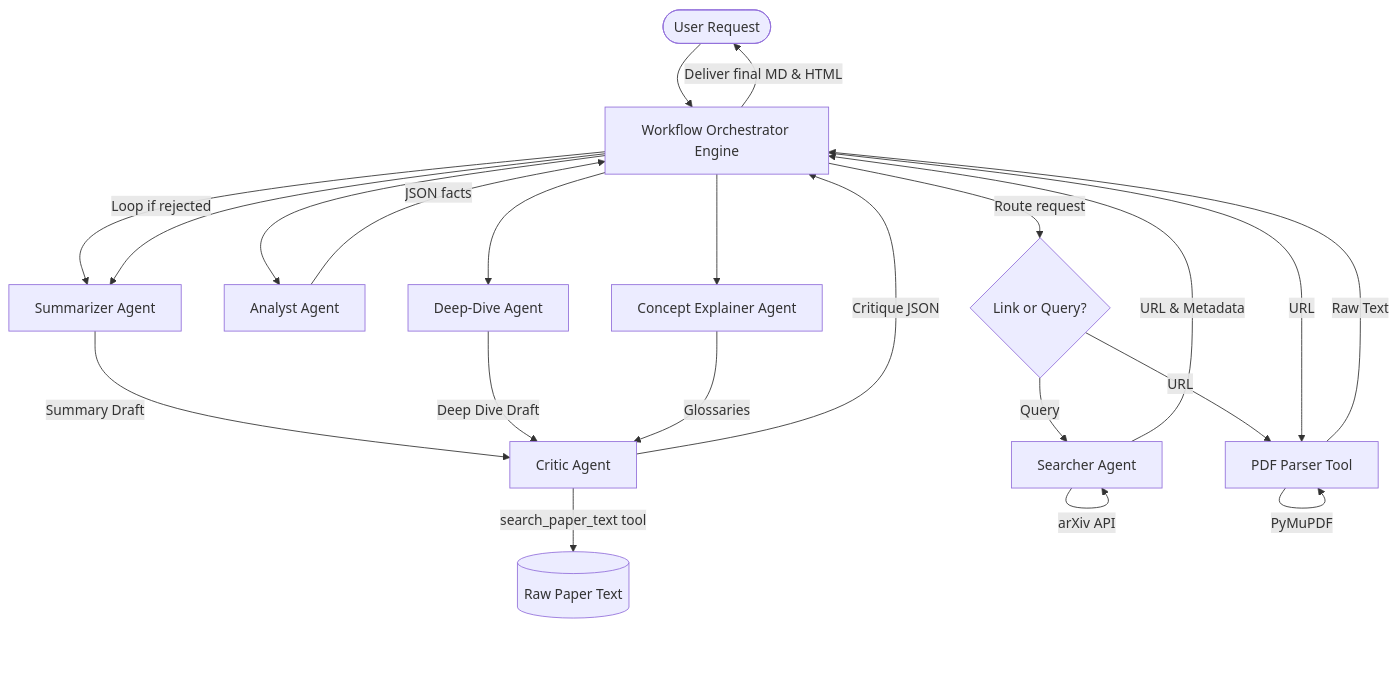
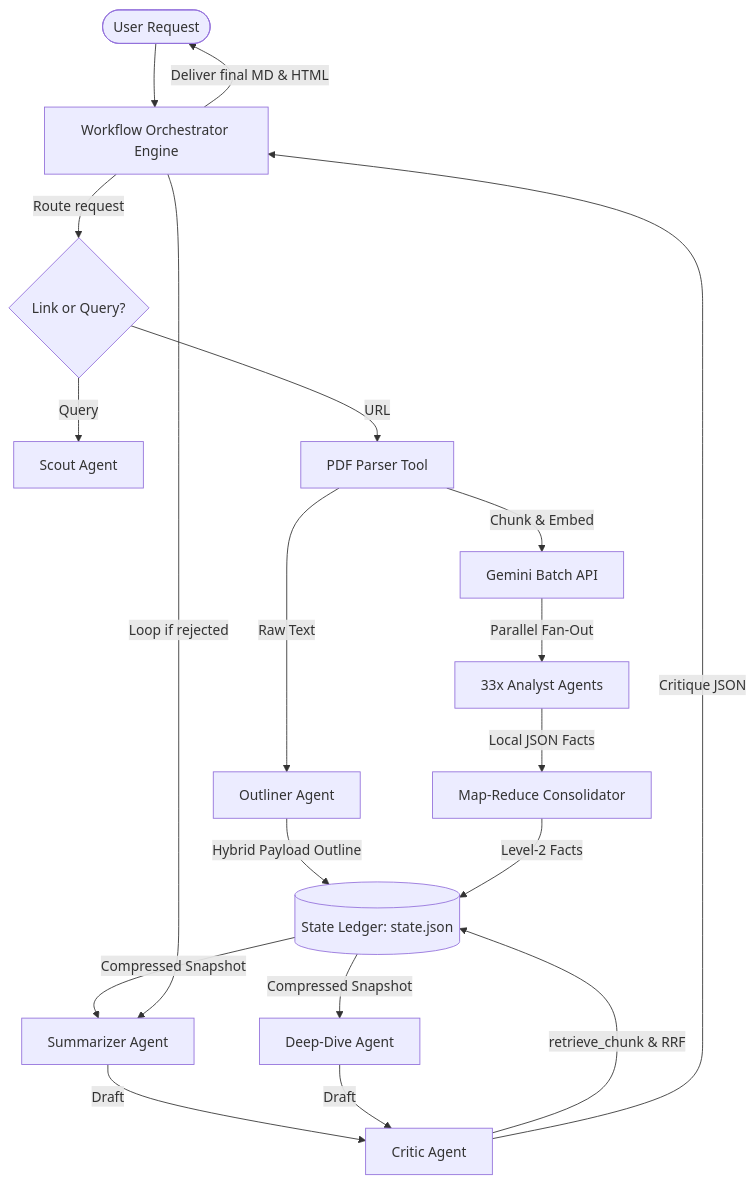
The diagram in README.md (ashwini-anand/hypatia), drawn with Mermaid before and after one commit. The commit also changed other lines of this file and 6 other files, not shown here.

````diff
--- a/README.md
+++ b/README.md
@@ -15,31 +15,28 @@
 ```mermaid
 graph TD
     User([User Request]) --> Engine[Workflow Orchestrator Engine]
     Engine -->|Route request| Route{Link or Query?}
     
-    Route -->|Query| Searcher[Searcher Agent]
-    Searcher -->|arXiv API| Searcher
-    Searcher -->|URL & Metadata| Engine
+    Route -->|Query| Searcher[Scout Agent]
+    Route -->|URL| Parser[PDF Parser Tool]
     
-    Route -->|URL| Parser[PDF Parser Tool]
-    Engine -->|URL| Parser
-    Parser -->|PyMuPDF| Parser
-    Parser -->|Raw Text| Engine
+    Parser -->|Raw Text| Outliner[Outliner Agent]
+    Outliner -->|Hybrid Payload Outline| State[(State Ledger: state.json)]
     
-    Engine --> Analyst[Analyst Agent]
-    Analyst -->|JSON facts| Engine
+    Parser -->|Chunk & Embed| Chunks[Gemini Batch API]
+    Chunks -->|Parallel Fan-Out| Analyst[33x Analyst Agents]
+    Analyst -->|Local JSON Facts| Consolidator[Map-Reduce Consolidator]
+    Consolidator -->|Level-2 Facts| State
     
-    Engine --> Summarizer[Summarizer Agent]
-    Engine --> DeepDive[Deep-Dive Agent]
-    Engine --> Explainer[Concept Explainer Agent]
+    State -->|Compressed Snapshot| Summarizer[Summarizer Agent]
+    State -->|Compressed Snapshot| DeepDive[Deep-Dive Agent]
     
-    Summarizer -->|Summary Draft| Critic[Critic Agent]
-    DeepDive -->|Deep Dive Draft| Critic
-    Explainer -->|Glossaries| Critic
+    Summarizer -->|Draft| Critic[Critic Agent]
+    DeepDive -->|Draft| Critic
     
-    Critic -->|search_paper_text tool| PaperText[(Raw Paper Text)]
+    Critic -->|retrieve_chunk & RRF| State
     Critic -->|Critique JSON| Engine
     
     Engine -->|Loop if rejected| Summarizer
     Engine -->|Deliver final MD & HTML| User
 ```
````
